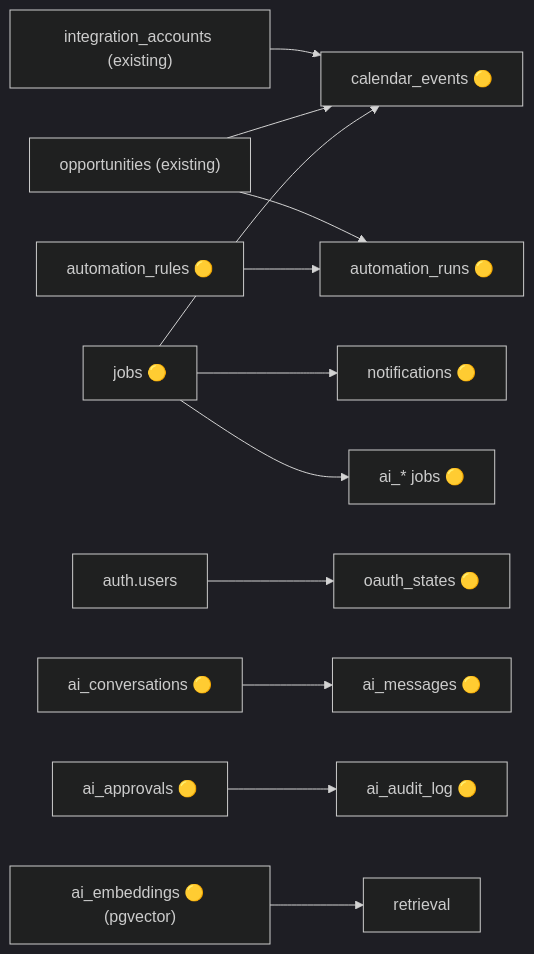
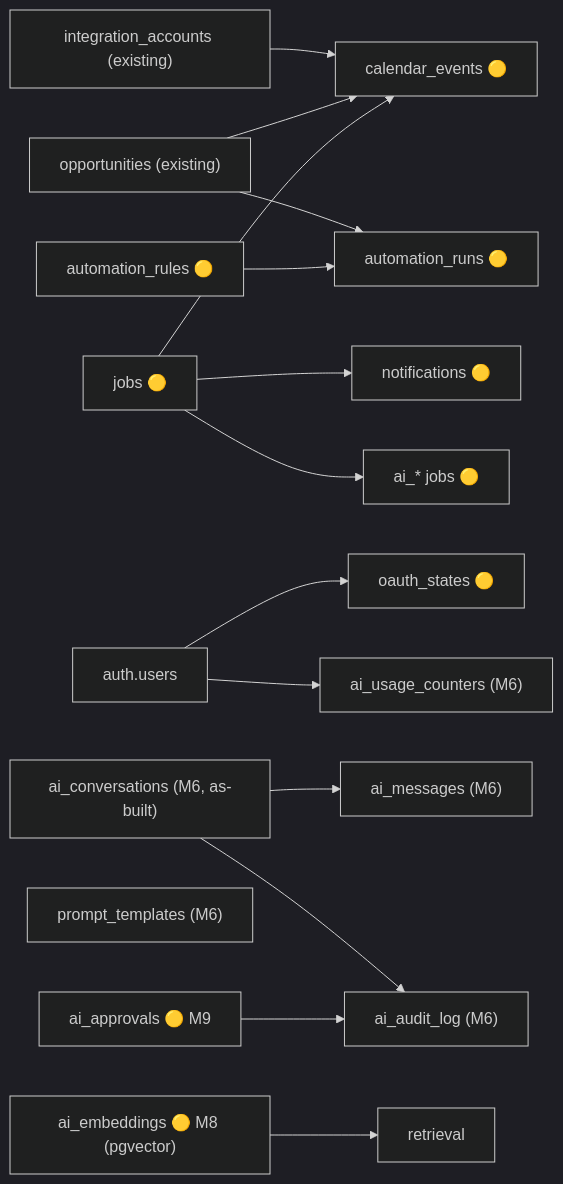
Before and after one commit to ChaturvediShivam/shivam-portfolio: the second of 2 diagrams in docs/database/SCHEMA_REFERENCE.md, drawn with Mermaid (dark theme). The commit also changed other lines of this file and 5 other files, not shown here.

````diff
--- a/docs/database/SCHEMA_REFERENCE.md
+++ b/docs/database/SCHEMA_REFERENCE.md
@@ -136,14 +136,17 @@
 ```mermaid
 flowchart LR
     IA["integration_accounts (existing)"] --> CE["calendar_events 🟡"]
     OPP["opportunities (existing)"] --> CE
     OPP --> AR["automation_runs 🟡"]
     RULE["automation_rules 🟡"] --> AR
     JOBS["jobs 🟡"] --> CE
     JOBS --> NT["notifications 🟡"]
     JOBS --> AIS["ai_* jobs 🟡"]
     AUTH["auth.users"] --> OS["oauth_states 🟡"]
-    AICONV["ai_conversations 🟡"] --> AIMSG["ai_messages 🟡"]
-    AIAPP["ai_approvals 🟡"] --> AILOG["ai_audit_log 🟡"]
-    EMB["ai_embeddings 🟡 (pgvector)"] --> RET["retrieval"]
+    AICONV["ai_conversations (M6, as-built)"] --> AIMSG["ai_messages (M6)"]
+    AICONV --> AILOG["ai_audit_log (M6)"]
+    AUTH --> AIUC["ai_usage_counters (M6)"]
+    PT["prompt_templates (M6)"]
+    AIAPP["ai_approvals 🟡 M9"] --> AILOG
+    EMB["ai_embeddings 🟡 M8 (pgvector)"] --> RET["retrieval"]
 ```
````
